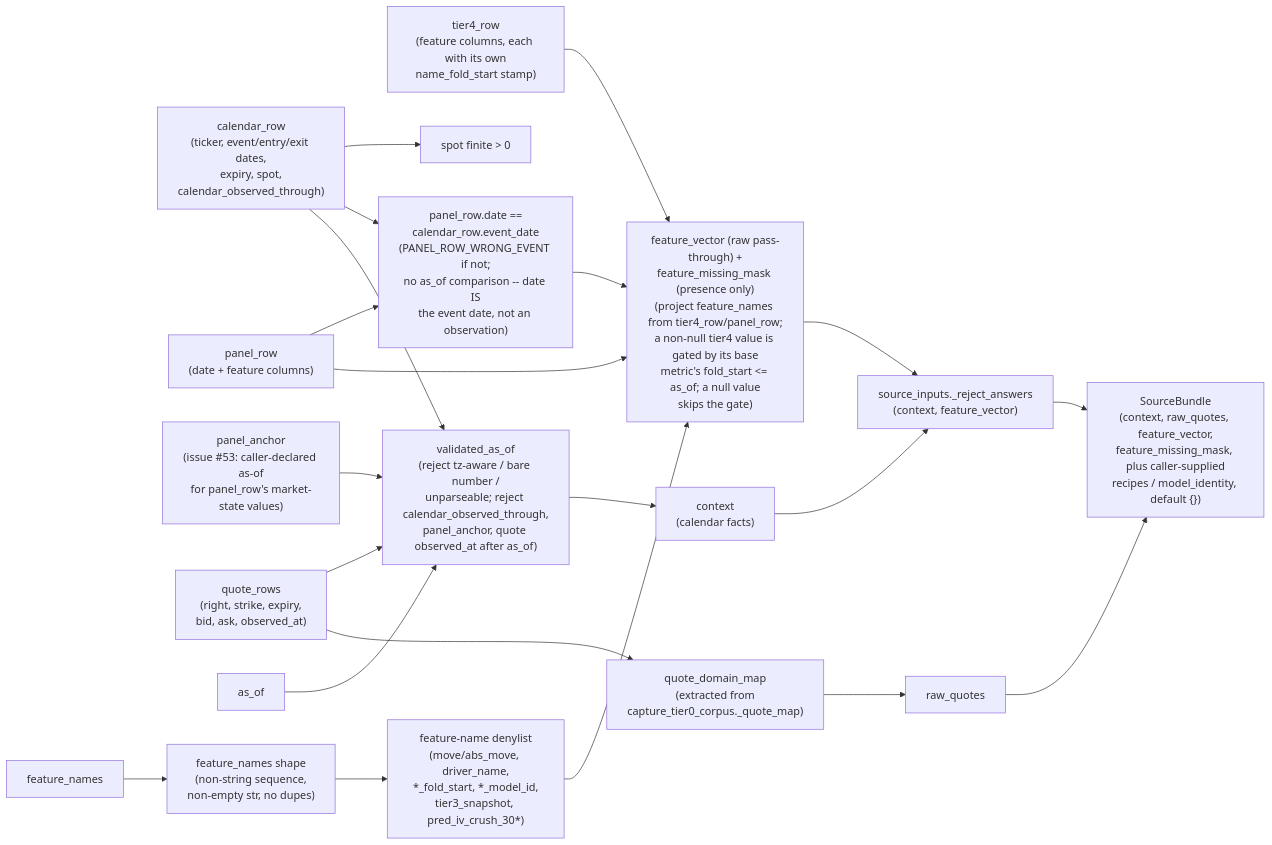
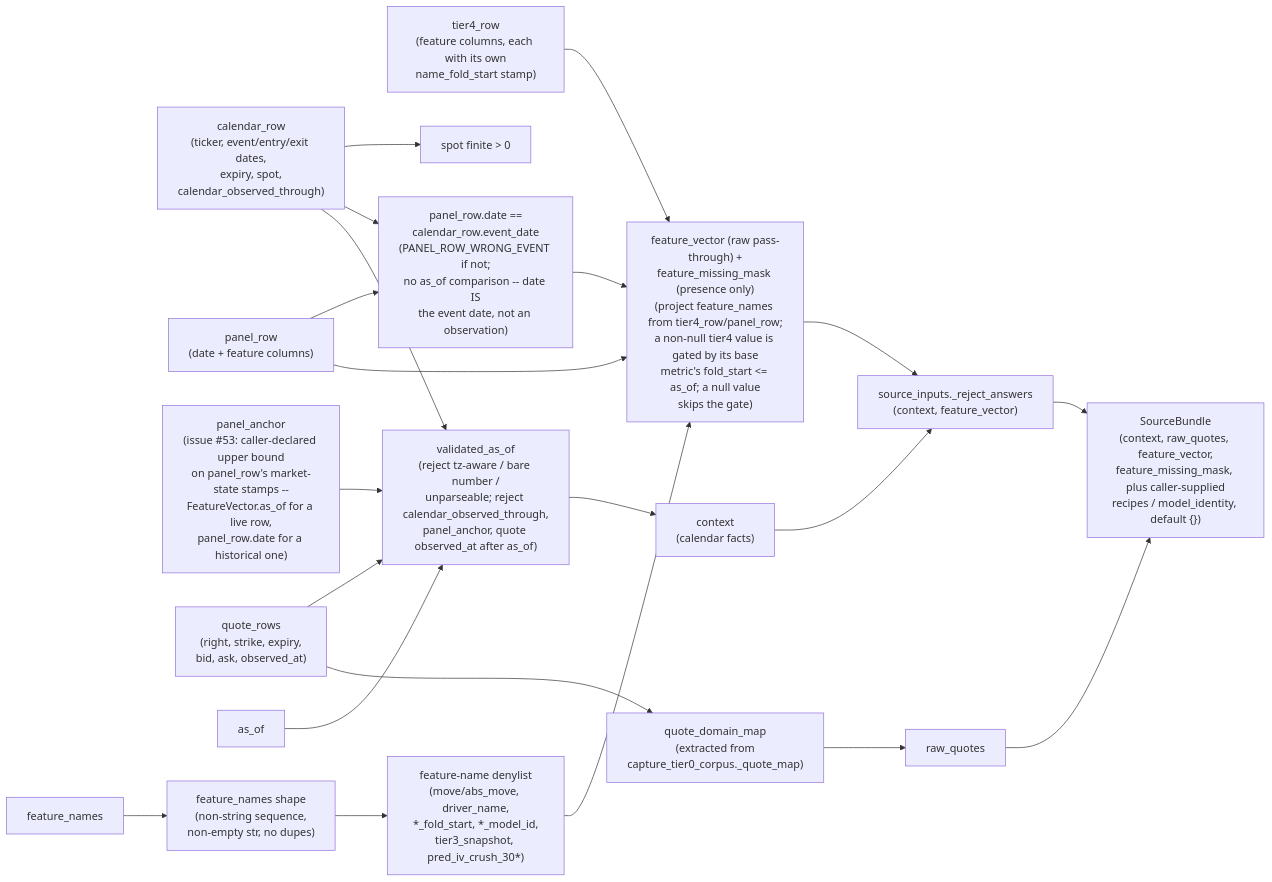
Before and after one commit to yshewchuk/investment-validation: the first of 2 diagrams in engine/v2/scoring/ARCHITECTURE.md, drawn with Mermaid. The commit also changed other lines of this file, not shown here.

First line of the commit message:
scoring: correct panel_anchor grounding per CodeRabbit design round

````diff
--- a/engine/v2/scoring/ARCHITECTURE.md
+++ b/engine/v2/scoring/ARCHITECTURE.md
@@ -816,36 +840,36 @@
 ```mermaid
 flowchart LR
     CAL["calendar_row\n(ticker, event/entry/exit dates,\nexpiry, spot,\ncalendar_observed_through)"]
     PANEL["panel_row\n(date + feature columns)"]
-    PANCHOR["panel_anchor\n(issue #53: caller-declared as-of\nfor panel_row's market-state values)"]
+    PANCHOR["panel_anchor\n(issue #53: caller-declared upper bound\non panel_row's market-state stamps --\nFeatureVector.as_of for a live row,\npanel_row.date for a historical one)"]
     TIER4["tier4_row\n(feature columns, each with its own\nname_fold_start stamp)"]
     QUOTES["quote_rows\n(right, strike, expiry,\nbid, ask, observed_at)"]
     ASOF["as_of"]
     NAMES["feature_names"]
 
     CAL --> SPOTCHK["spot finite > 0"]
     NAMES --> NAMECHK["feature_names shape\n(non-string sequence,\nnon-empty str, no dupes)"]
     NAMECHK --> LEAKNAMES["feature-name denylist\n(move/abs_move, driver_name,\n*_fold_start, *_model_id,\ntier3_snapshot, pred_iv_crush_30*)"]
 
     CAL --> EVENTCHK["panel_row.date ==\ncalendar_row.event_date\n(PANEL_ROW_WRONG_EVENT if not;\nno as_of comparison -- date IS\nthe event date, not an observation)"]
     PANEL --> EVENTCHK
 
     CAL --> VALIDATE["validated_as_of\n(reject tz-aware / bare number /\nunparseable; reject calendar_observed_through,\npanel_anchor, quote observed_at after as_of)"]
     QUOTES --> VALIDATE
     PANCHOR --> VALIDATE
     ASOF --> VALIDATE
 
     VALIDATE --> CONTEXT["context\n(calendar facts)"]
     LEAKNAMES --> FEATURES["feature_vector (raw pass-through) +\nfeature_missing_mask (presence only)\n(project feature_names from tier4_row/panel_row;\na non-null tier4 value is gated by its base\nmetric's fold_start <= as_of; a null value\nskips the gate)"]
     EVENTCHK --> FEATURES
     TIER4 --> FEATURES
     PANEL --> FEATURES
     QUOTES --> QMAP["quote_domain_map\n(extracted from\ncapture_tier0_corpus._quote_map)"]
     QMAP --> RAWQ["raw_quotes"]
 
     CONTEXT --> REJECT["source_inputs._reject_answers\n(context, feature_vector)"]
     FEATURES --> REJECT
 
     REJECT --> BUNDLE["SourceBundle\n(context, raw_quotes, feature_vector,\nfeature_missing_mask, plus caller-supplied\nrecipes / model_identity, default {})"]
     RAWQ --> BUNDLE
 ```
````
